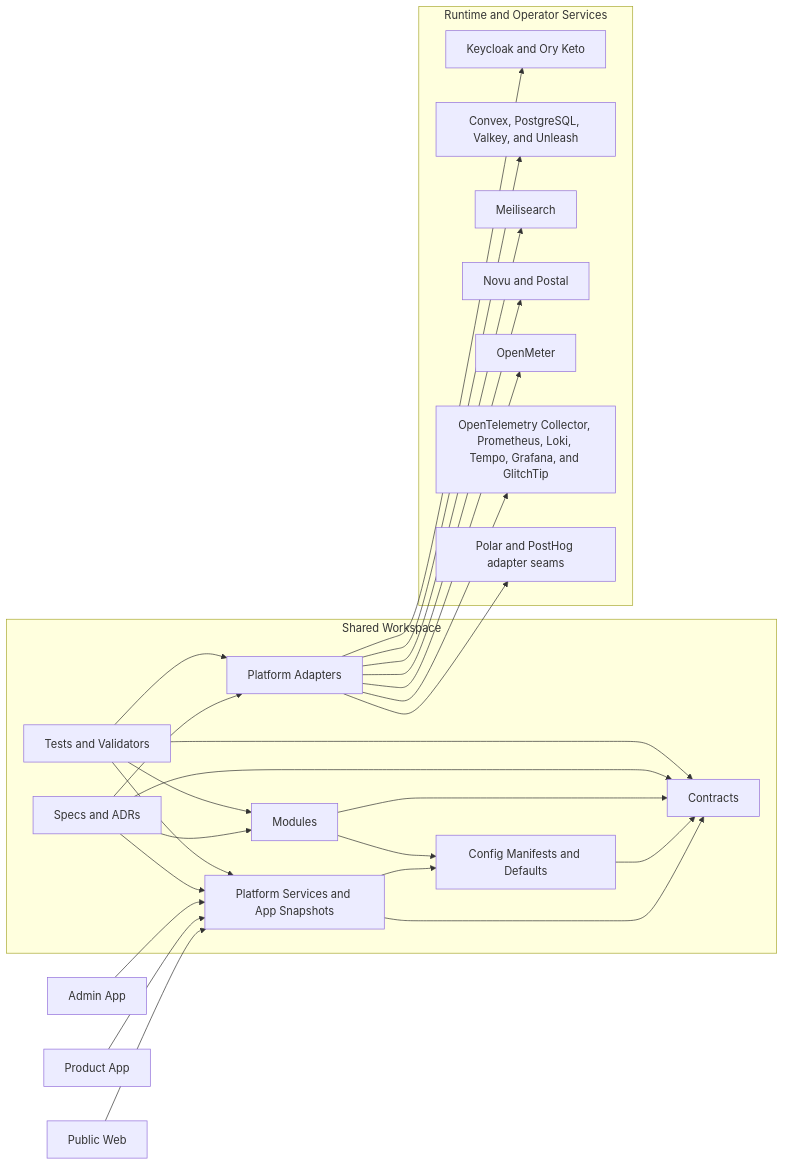
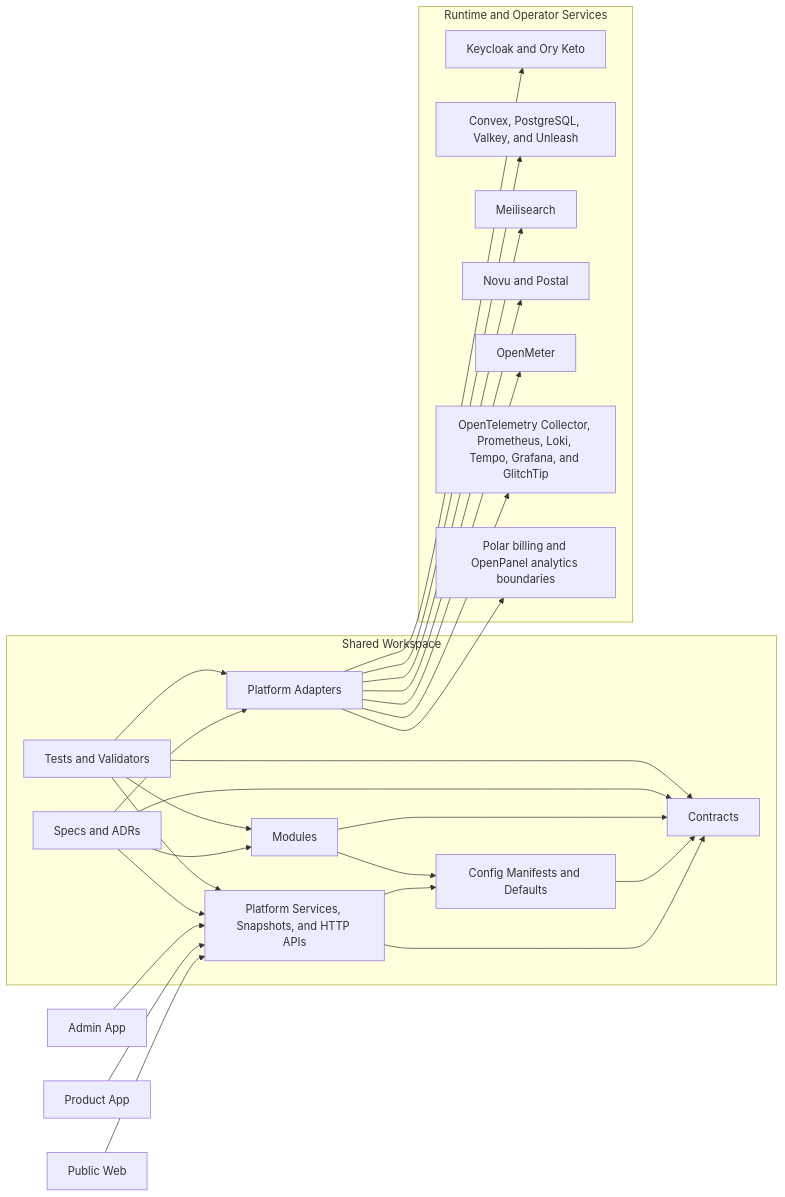
One commit to ComvestecSolutions/saas changed the diagram in README.md. Above: the diagram before and after it, drawn with Mermaid. The commit also changed other lines of this file and 27 other files, not shown here.

````diff
--- a/README.md
+++ b/README.md
@@ -20,55 +20,55 @@
 ```mermaid
 flowchart LR
   PublicWeb[Public Web]
   ProductApp[Product App]
   AdminApp[Admin App]
 
   subgraph Workspace[Shared Workspace]
     Contracts[Contracts]
     Config[Config Manifests and Defaults]
     Modules[Modules]
-    PlatformServices[Platform Services and App Snapshots]
+    PlatformServices[Platform Services, Snapshots, and HTTP APIs]
     PlatformAdapters[Platform Adapters]
     Specs[Specs and ADRs]
     Tests[Tests and Validators]
   end
 
   subgraph Runtime[Runtime and Operator Services]
     Identity[Keycloak and Ory Keto]
     State[Convex, PostgreSQL, Valkey, and Unleash]
     Search[Meilisearch]
     Messaging[Novu and Postal]
     Metering[OpenMeter]
     Observe[OpenTelemetry Collector, Prometheus, Loki, Tempo, Grafana, and GlitchTip]
-    Deferred[Polar and PostHog adapter seams]
+    ExternalProviders[Polar billing and OpenPanel analytics boundaries]
   end
 
   PublicWeb --> PlatformServices
   ProductApp --> PlatformServices
   AdminApp --> PlatformServices
 
   PlatformServices --> Contracts
   PlatformServices --> Config
   Config --> Contracts
 
   Modules --> Contracts
   Modules --> Config
 
   PlatformAdapters --> Identity
   PlatformAdapters --> State
   PlatformAdapters --> Search
   PlatformAdapters --> Messaging
   PlatformAdapters --> Metering
   PlatformAdapters --> Observe
-  PlatformAdapters --> Deferred
+  PlatformAdapters --> ExternalProviders
 
   Specs --> Contracts
   Specs --> Modules
   Specs --> PlatformServices
   Specs --> PlatformAdapters
 
   Tests --> Contracts
   Tests --> Modules
   Tests --> PlatformServices
   Tests --> PlatformAdapters
 ```
````
